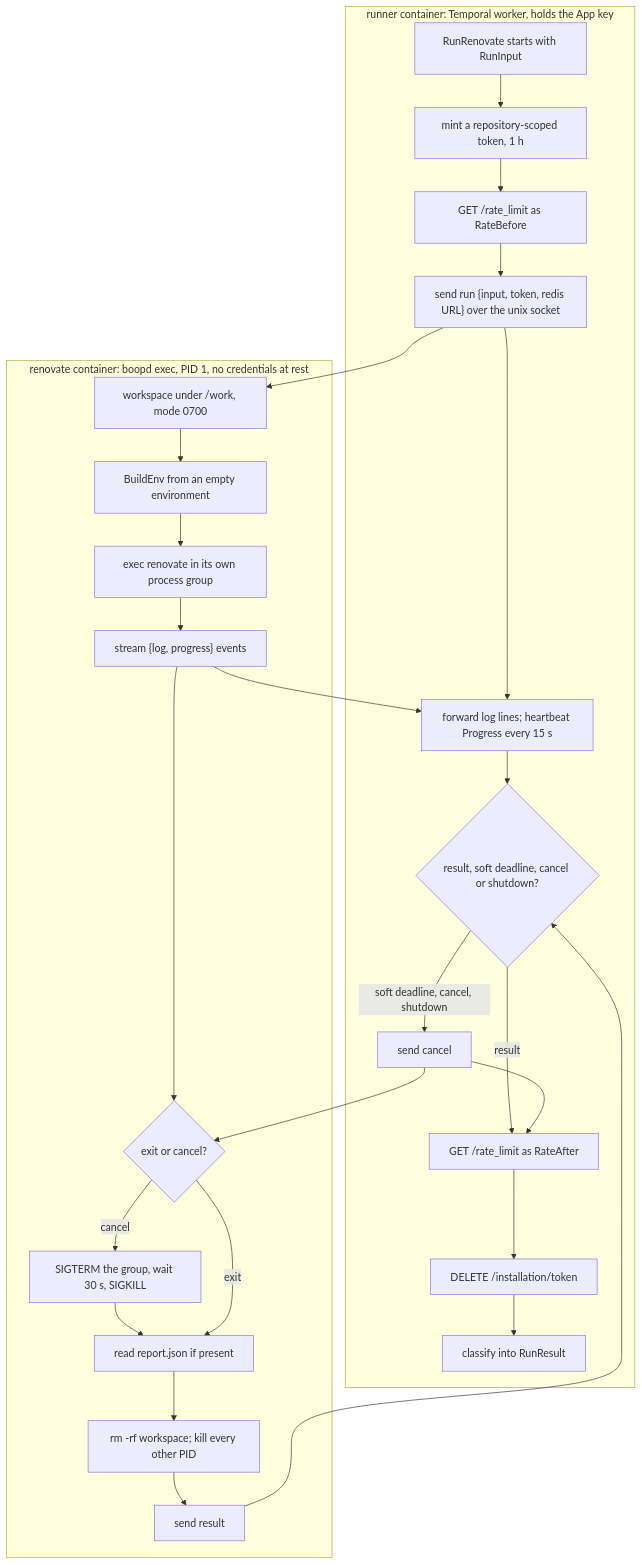
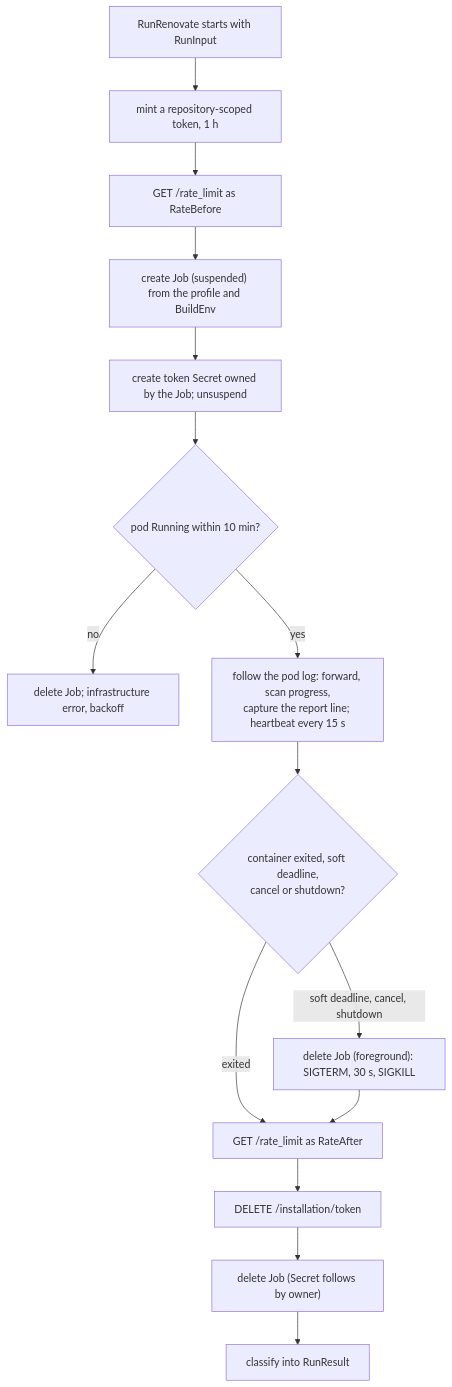
Before and after one commit to donaldgifford/boop: the fourth of 4 diagrams in docs/design/0001-boopd-spike-workflows-runrenovate-activity-and-worker.md, drawn with Mermaid. The commit also changed other lines of this file and 6 other files, not shown here.

First line of the commit message:
docs: ADR-0009 runs each Renovate run as a Kubernetes Job; rework DESIGN-0001 around it

````diff
--- a/docs/design/0001-boopd-spike-workflows-runrenovate-activity-and-worker.md
+++ b/docs/design/0001-boopd-spike-workflows-runrenovate-activity-and-worker.md
@@ -536,30 +594,17 @@
 ```mermaid
 flowchart TD
-  subgraph RN["runner container: Temporal worker, holds the App key"]
-    A["RunRenovate starts with RunInput"] --> B["mint a repository-scoped token, 1 h"]
-    B --> C["GET /rate_limit as RateBefore"]
-    C --> D["send run {input, token, redis URL} over the unix socket"]
-    D --> G["forward log lines; heartbeat Progress every 15 s"]
-    G --> H{"result, soft deadline, cancel or shutdown?"}
-    H -- "soft deadline, cancel, shutdown" --> I["send cancel"]
-    H -- result --> K["GET /rate_limit as RateAfter"]
-    I --> K
-    K --> L["DELETE /installation/token"]
-    L --> M["classify into RunResult"]
-  end
-  subgraph EX["renovate container: boopd exec, PID 1, no credentials at rest"]
-    E1["workspace under /work, mode 0700"] --> E2["BuildEnv from an empty environment"]
-    E2 --> E3["exec renovate in its own process group"]
-    E3 --> E4["stream {log, progress} events"]
-    E4 --> E5{"exit or cancel?"}
-    E5 -- cancel --> E6["SIGTERM the group, wait 30 s, SIGKILL"]
-    E6 --> E7
-    E5 -- exit --> E7["read report.json if present"]
-    E7 --> E8["rm -rf workspace; kill every other PID"]
-    E8 --> E9["send result"]
-  end
-  D --> E1
-  E4 --> G
-  I --> E5
-  E9 --> H
+  A["RunRenovate starts with RunInput"] --> B["mint a repository-scoped token, 1 h"]
+  B --> C["GET /rate_limit as RateBefore"]
+  C --> D["create Job (suspended) from the profile and BuildEnv"]
+  D --> E["create token Secret owned by the Job; unsuspend"]
+  E --> F{"pod Running within 10 min?"}
+  F -- no --> X["delete Job; infrastructure error, backoff"]
+  F -- yes --> G["follow the pod log: forward, scan progress,<br/>capture the report line; heartbeat every 15 s"]
+  G --> H{"container exited, soft deadline,<br/>cancel or shutdown?"}
+  H -- "soft deadline, cancel, shutdown" --> I["delete Job (foreground): SIGTERM, 30 s, SIGKILL"]
+  H -- exited --> K
+  I --> K["GET /rate_limit as RateAfter"]
+  K --> L["DELETE /installation/token"]
+  L --> M["delete Job (Secret follows by owner)"]
+  M --> N["classify into RunResult"]
 ```
````
